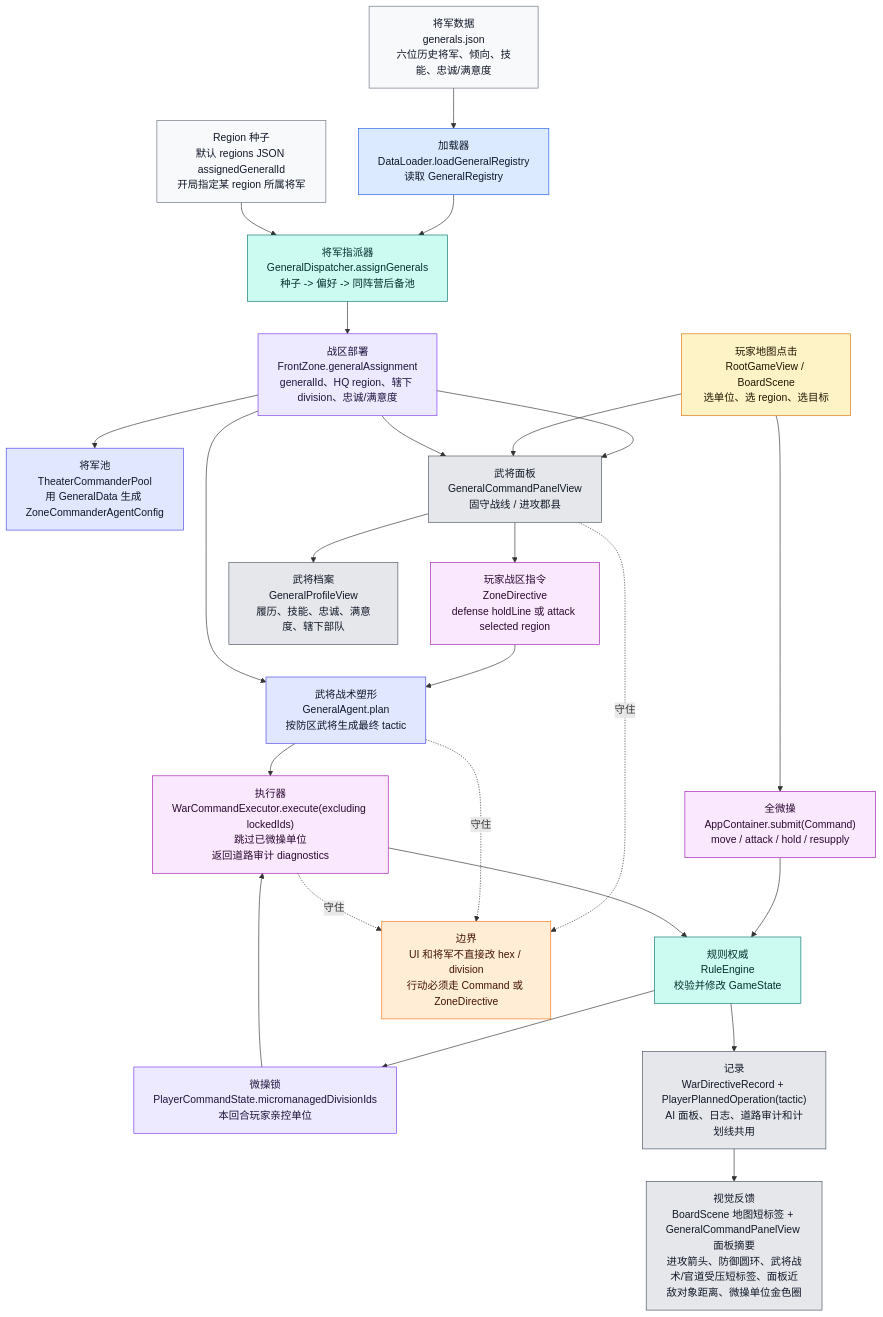
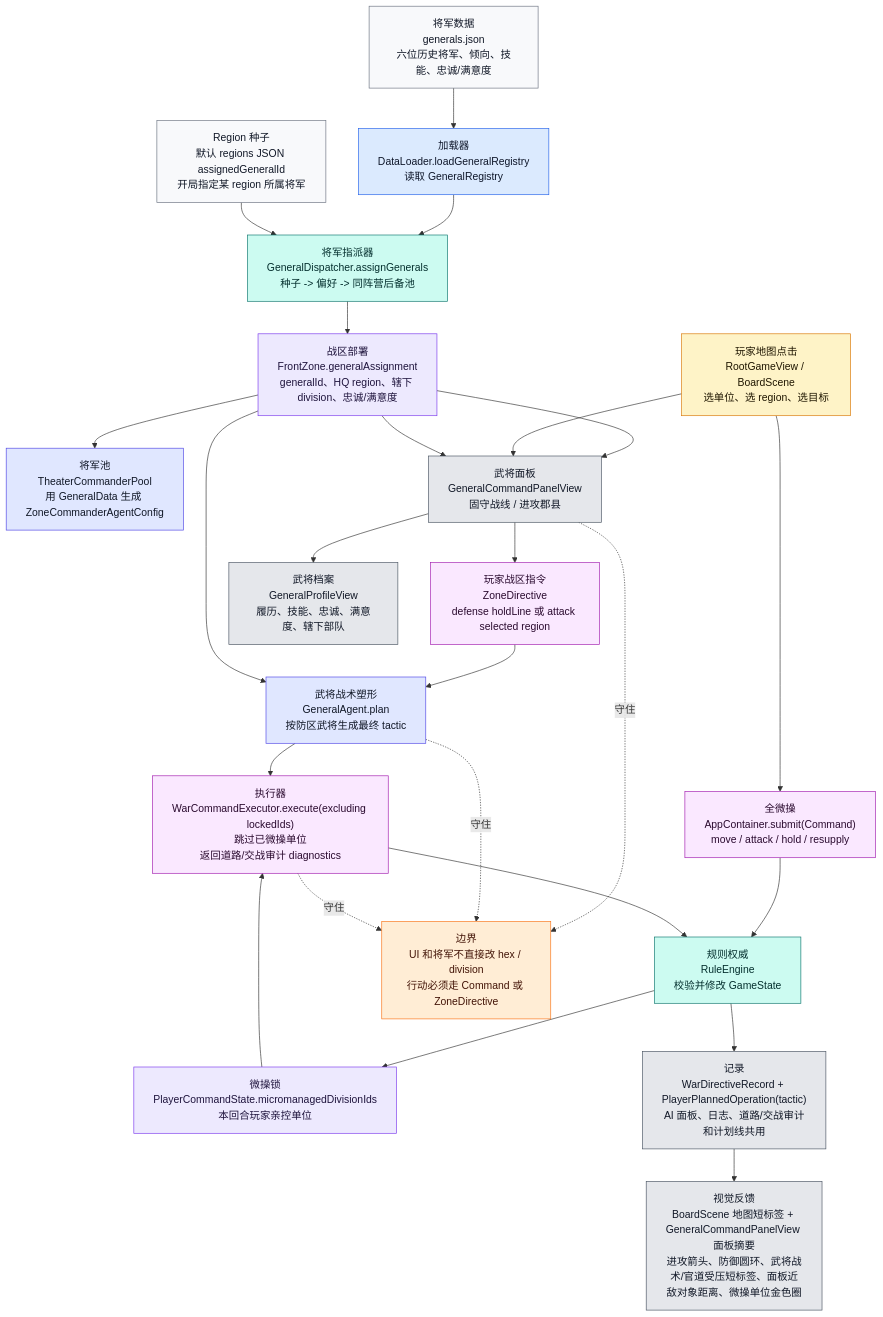
Before and after one commit to Altman-sam114/121: the eighth of 9 diagrams in md/flow/flowchart.md, drawn with Mermaid. The commit also changed other lines of this file and 5 other files, not shown here.

````diff
--- a/md/flow/flowchart.md
+++ b/md/flow/flowchart.md
@@ -533,45 +533,45 @@
 ```mermaid
 flowchart TD
     GJSON["将军数据<br/>generals.json<br/>六位历史将军、倾向、技能、忠诚/满意度"]:::data
     RJSON["Region 种子<br/>默认 regions JSON assignedGeneralId<br/>开局指定某 region 所属将军"]:::data
     DL["加载器<br/>DataLoader.loadGeneralRegistry<br/>读取 GeneralRegistry"]:::loader
     DISP["将军指派器<br/>GeneralDispatcher.assignGenerals<br/>种子 -> 偏好 -> 同阵营后备池"]:::rules
     FZ["战区部署<br/>FrontZone.generalAssignment<br/>generalId、HQ region、辖下 division、忠诚/满意度"]:::state
     POOL["将军池<br/>TheaterCommanderPool<br/>用 GeneralData 生成 ZoneCommanderAgentConfig"]:::ai
 
     TAP["玩家地图点击<br/>RootGameView / BoardScene<br/>选单位、选 region、选目标"]:::input
     MICRO["全微操<br/>AppContainer.submit(Command)<br/>move / attack / hold / resupply"]:::command
     LOCK["微操锁<br/>PlayerCommandState.micromanagedDivisionIds<br/>本回合玩家亲控单位"]:::state
     GENUI["武将面板<br/>GeneralCommandPanelView<br/>固守战线 / 进攻郡县"]:::ui
     ZD["玩家战区指令<br/>ZoneDirective<br/>defense holdLine 或 attack selected region"]:::command
     GENA["武将战术塑形<br/>GeneralAgent.plan<br/>按防区武将生成最终 tactic"]:::ai
-    WCE["执行器<br/>WarCommandExecutor.execute(excluding lockedIds)<br/>跳过已微操单位<br/>返回道路审计 diagnostics"]:::command
+    WCE["执行器<br/>WarCommandExecutor.execute(excluding lockedIds)<br/>跳过已微操单位<br/>返回道路/交战审计 diagnostics"]:::command
     RE["规则权威<br/>RuleEngine<br/>校验并修改 GameState"]:::rules
-    RECORD["记录<br/>WarDirectiveRecord + PlayerPlannedOperation(tactic)<br/>AI 面板、日志、道路审计和计划线共用"]:::ui
+    RECORD["记录<br/>WarDirectiveRecord + PlayerPlannedOperation(tactic)<br/>AI 面板、日志、道路/交战审计和计划线共用"]:::ui
     BOARD["视觉反馈<br/>BoardScene 地图短标签 + GeneralCommandPanelView 面板摘要<br/>进攻箭头、防御圆环、武将战术/官道受压短标签、面板近敌对象距离、微操单位金色圈"]:::ui
     PROFILE["武将档案<br/>GeneralProfileView<br/>履历、技能、忠诚、满意度、辖下部队"]:::ui
 
     GJSON --> DL --> DISP
     RJSON --> DISP --> FZ --> POOL
     FZ --> GENUI --> PROFILE
     TAP --> MICRO --> RE --> LOCK
     LOCK --> WCE
     TAP --> GENUI --> ZD --> GENA --> WCE --> RE --> RECORD --> BOARD
     FZ --> GENUI
     FZ --> GENA
 
     WARN["边界<br/>UI 和将军不直接改 hex / division<br/>行动必须走 Command 或 ZoneDirective"]:::warn
     GENUI -.守住.-> WARN
     GENA -.守住.-> WARN
     WCE -.守住.-> WARN
 
     classDef data fill:#f8f9fb,stroke:#6b7280,color:#111827
     classDef loader fill:#dbeafe,stroke:#2563eb,color:#0f172a
     classDef state fill:#ede9fe,stroke:#7c3aed,color:#1f143d
     classDef ai fill:#e0e7ff,stroke:#4f46e5,color:#111827
     classDef input fill:#fef3c7,stroke:#d97706,color:#1f1600
     classDef command fill:#fae8ff,stroke:#a21caf,color:#2a0a2f
     classDef rules fill:#ccfbf1,stroke:#0f766e,color:#042f2e
     classDef ui fill:#e5e7eb,stroke:#4b5563,color:#111827
     classDef warn fill:#ffedd5,stroke:#f97316,color:#431407
 ```
````
